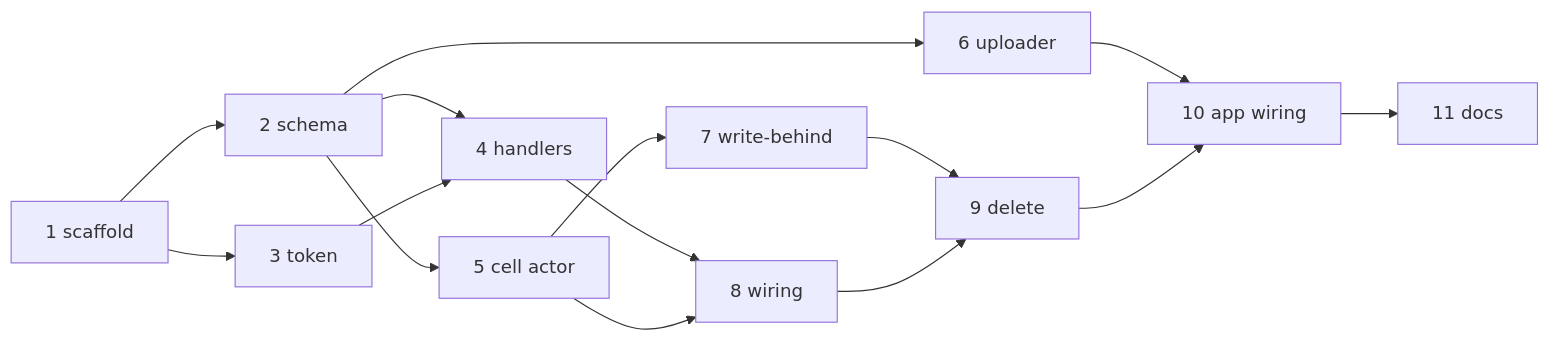
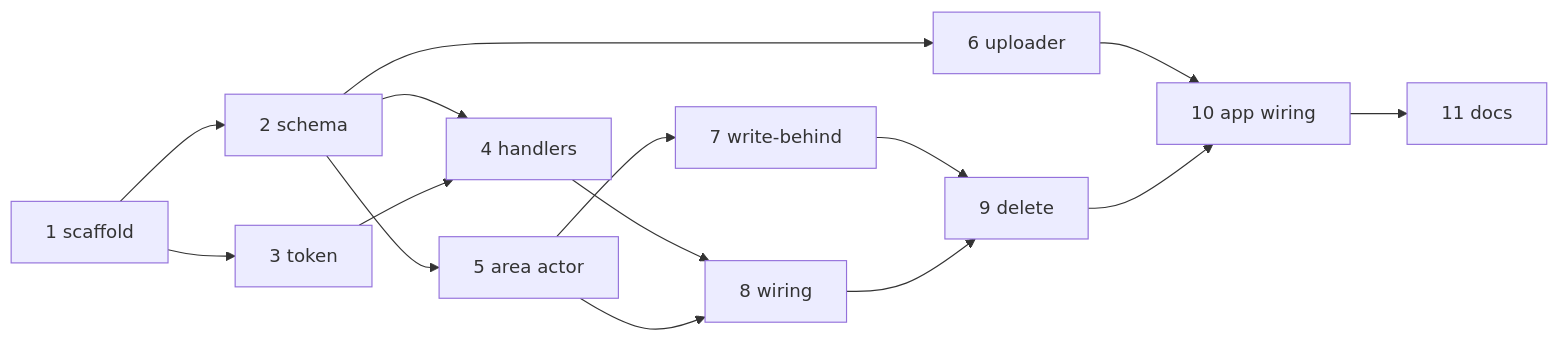
One commit to 3akare/outage changed the diagram in .kiro/specs/event-ingest/tasks.md. Above: the diagram before and after it, drawn with Mermaid. The commit also changed other lines of this file and 50 other files, not shown here.

Commit message:
feat: area-cells helpers and public view, web page kit and pages, onboarding flow, alarm strings [spec:area-cells,web-and-area-pages,onboarding,alerts-and-light-alarm task:batch]

````diff
--- a/.kiro/specs/event-ingest/tasks.md
+++ b/.kiro/specs/event-ingest/tasks.md
@@ -64,17 +64,17 @@
 ```mermaid
 graph LR
     T1[1 scaffold] --> T2[2 schema]
     T1 --> T3[3 token]
     T2 --> T4[4 handlers]
     T3 --> T4
-    T2 --> T5[5 cell actor]
+    T2 --> T5[5 area actor]
     T2 --> T6[6 uploader]
     T5 --> T7[7 write-behind]
     T4 --> T8[8 wiring]
     T5 --> T8
     T7 --> T9[9 delete]
     T8 --> T9
     T6 --> T10[10 app wiring]
     T9 --> T10
     T10 --> T11[11 docs]
 ```
````
